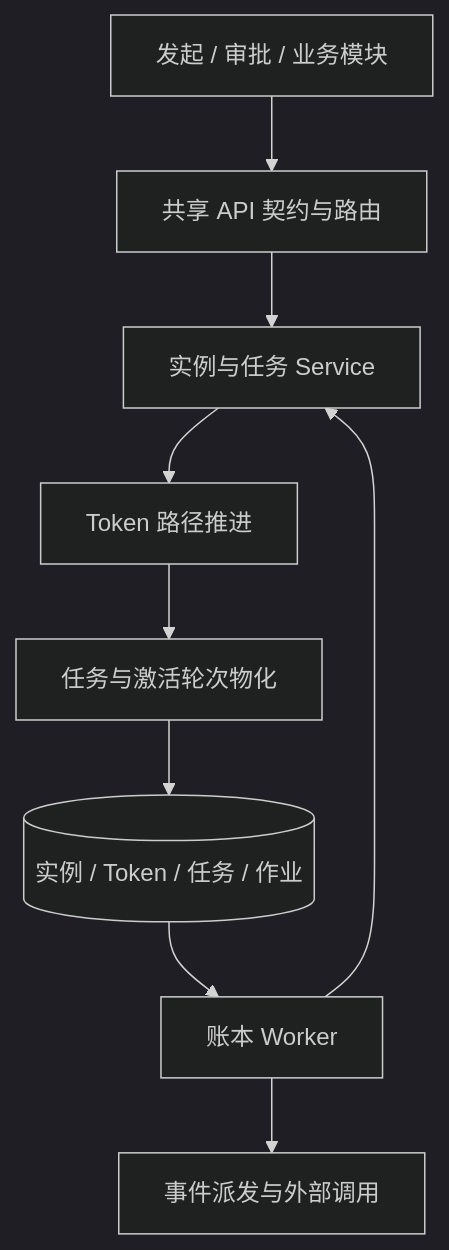
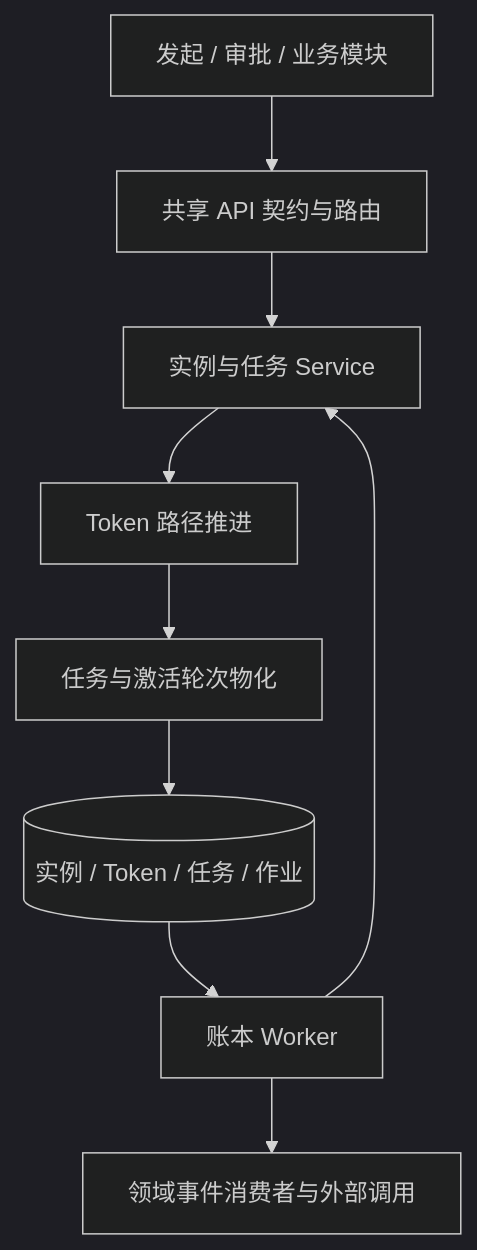
One commit to iwangbowen/zenith-admin changed the diagram in docs/workflow/architecture.md. Above: the diagram before and after it, drawn with Mermaid (dark theme). The commit also changed other lines of this file and 22 other files, not shown here.

````diff
--- a/docs/workflow/architecture.md
+++ b/docs/workflow/architecture.md
@@ -7,11 +7,11 @@
 ```mermaid
 flowchart TD
   Client["发起 / 审批 / 业务模块"] --> Contract["共享 API 契约与路由"]
   Contract --> Service["实例与任务 Service"]
   Service --> Engine["Token 路径推进"]
   Engine --> Materialize["任务与激活轮次物化"]
   Materialize --> Database[("实例 / Token / 任务 / 作业")]
   Database --> Worker["账本 Worker"]
   Worker --> Service
-  Worker --> Events["事件派发与外部调用"]
+  Worker --> Events["领域事件消费者与外部调用"]
 ```
````
